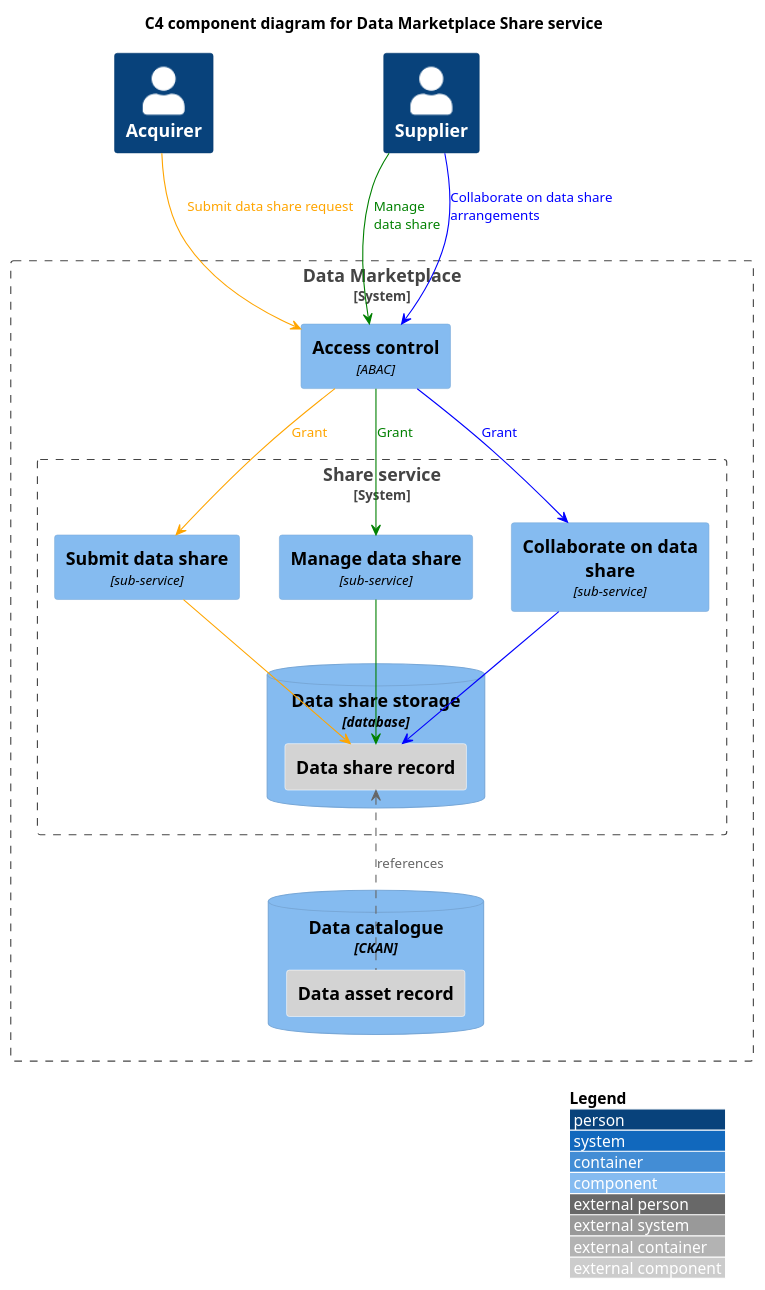
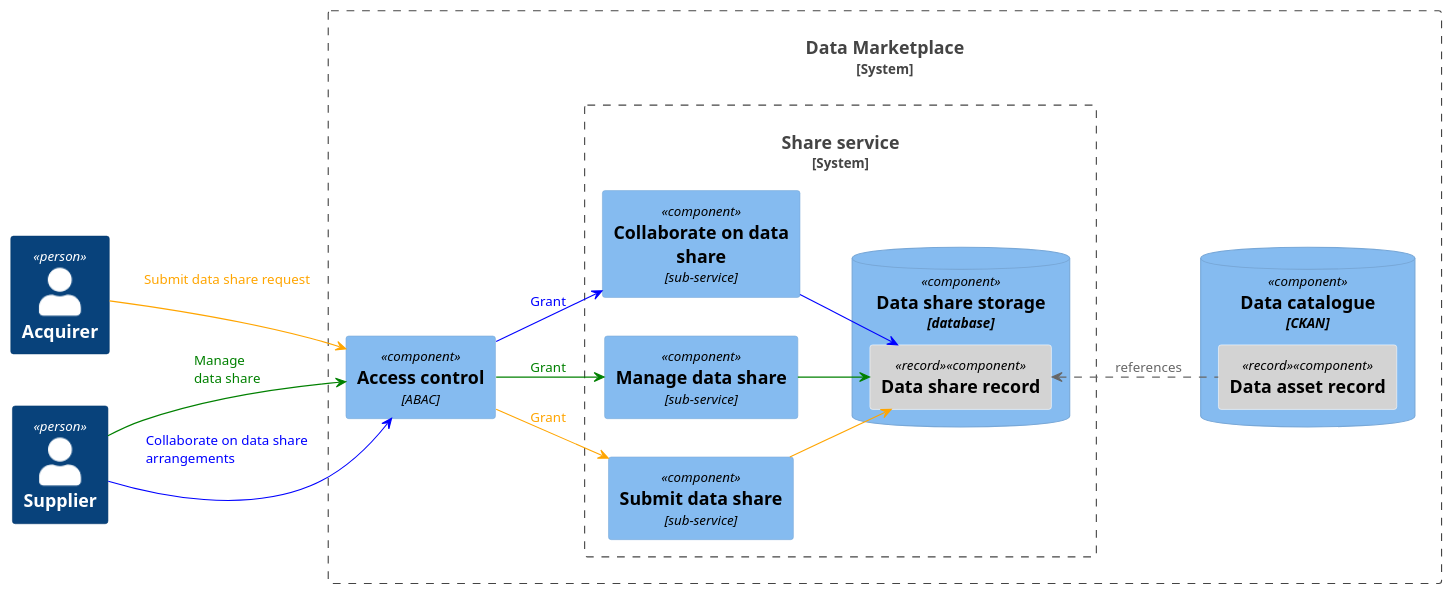
One commit to co-cddo/data-architecture changed the diagram in data-marketplace/dm-c4-component-share.puml. Above: the diagram before and after it, drawn with PlantUML. The commit also changed 1 other file, not shown here.

Commit message:
Update file(s) "/." from "co-cddo/data-architecture-r"

```diff
--- a/data-marketplace/dm-c4-component-share.puml
+++ b/data-marketplace/dm-c4-component-share.puml
@@ -1,47 +1,48 @@
 @startuml dm-c4-component-share
 !include <C4/C4_Component>
 
-LAYOUT_TOP_DOWN()
-LAYOUT_WITH_LEGEND()
+'LAYOUT_TOP_DOWN()
+'LAYOUT_WITH_LEGEND()
 
-title C4 component diagram for Data Marketplace Share service
+'title C4 component diagram for Data Marketplace Share service
+left to right direction
 
 AddElementTag("record", $bgColor="LightGrey", $borderColor="White")
 
 Person(acquirer, "Acquirer", "")
 Person(supplier, "Supplier", "")
 
 System_Boundary(dm, "Data Marketplace") {
   Component(access, "Access control", "ABAC")
   System_Boundary(share, "Share service") {
     Component(submit, "Submit data share", "sub-service")
     Component(manage, "Manage data share", "sub-service")
     Component(collab, "Collaborate on data share", "sub-service")
     ComponentDb(dsdb, "Data share storage", "database") {
       Component(datashare,"Data share record", $tags="record")      
     }  
   }
   ComponentDb(CKAN,"Data catalogue","CKAN") {
     Component(asset,"Data asset record", $tags="record") 
   }
 }
 
 supplier --> access #green : <color:green>Manage\l<color:green>data share
 access --> manage #green : <color:green>Grant
 manage --> datashare #green
 
 supplier --> access #blue : <color:blue>Collaborate on data share arrangements\l
 access --> collab #blue : <color:blue>Grant
 collab --> datashare #blue
 
 
 acquirer --> access #orange : <color:orange>Submit data share request\l
 access --> submit #orange : <color:orange>Grant
 submit --> datashare #orange
 
 'layout
 'supplier -[#hidden] acquirer
 
 datashare <.. asset : references
 
 @enduml
```
